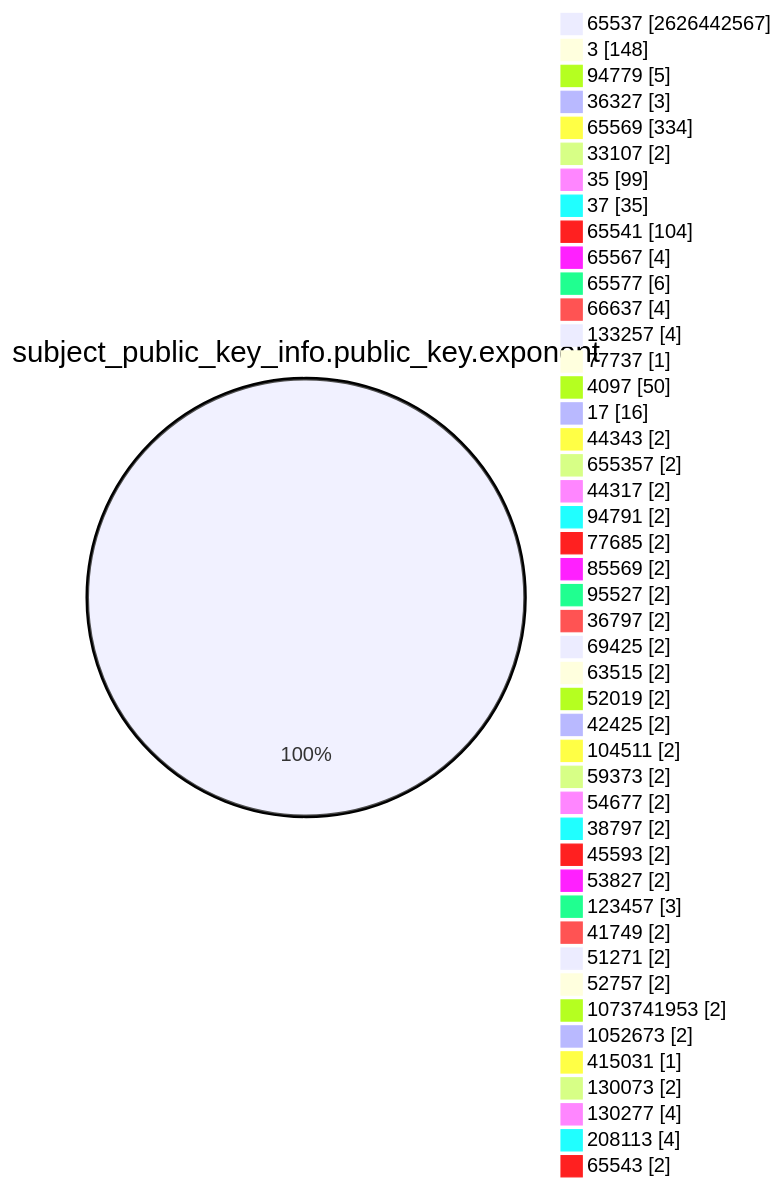
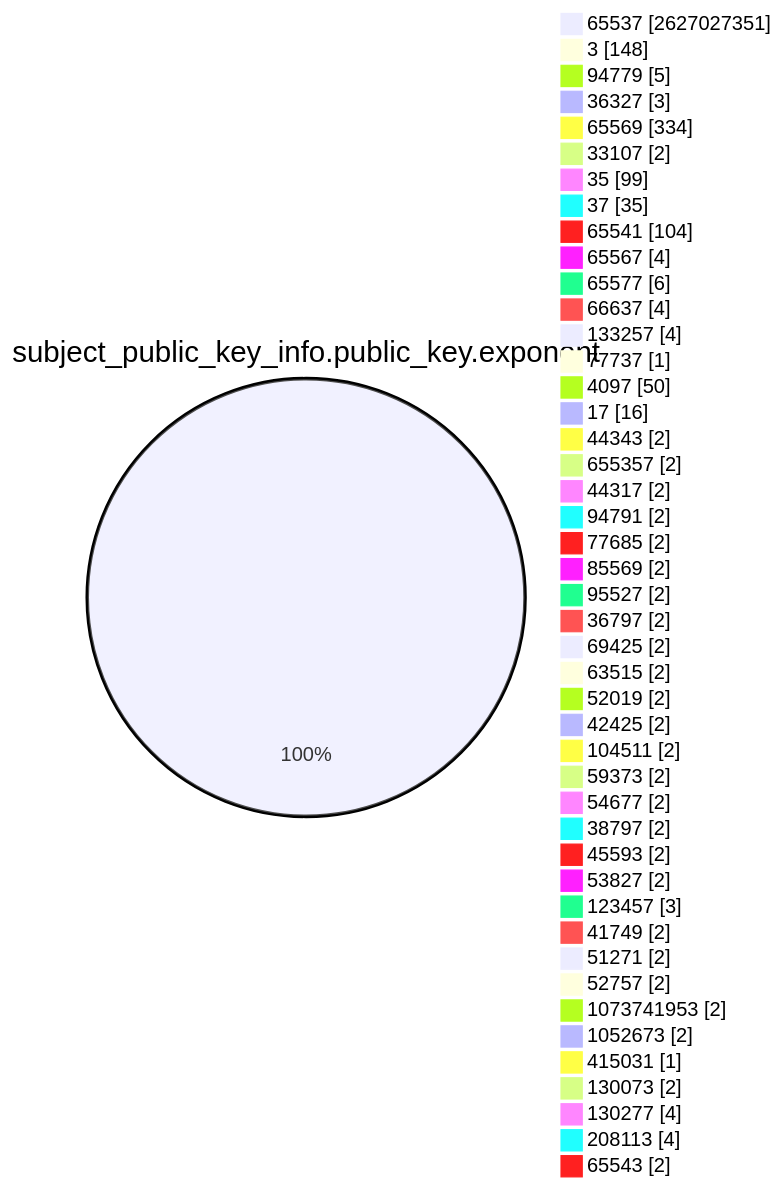
One commit to christiankrug/ctmonitor_visualization changed the fourth of 15 diagrams in TOTAL/README.md. Above: the diagram before and after it, drawn with Mermaid. The commit also changed other lines of this file, not shown here.

````diff
--- a/TOTAL/README.md
+++ b/TOTAL/README.md
@@ -1467,49 +1467,49 @@
 ```mermaid
 pie showData
 title subject_public_key_info.public_key.exponent
-"65537" :2626442567
+"65537" :2627027351
 "3" :148
 "94779" :5
 "36327" :3
 "65569" :334
 "33107" :2
 "35" :99
 "37" :35
 "65541" :104
 "65567" :4
 "65577" :6
 "66637" :4
 "133257" :4
 "77737" :1
 "4097" :50
 "17" :16
 "44343" :2
 "655357" :2
 "44317" :2
 "94791" :2
 "77685" :2
 "85569" :2
 "95527" :2
 "36797" :2
 "69425" :2
 "63515" :2
 "52019" :2
 "42425" :2
 "104511" :2
 "59373" :2
 "54677" :2
 "38797" :2
 "45593" :2
 "53827" :2
 "123457" :3
 "41749" :2
 "51271" :2
 "52757" :2
 "1073741953" :2
 "1052673" :2
 "415031" :1
 "130073" :2
 "130277" :4
 "208113" :4
 "65543" :2
 ```
````
